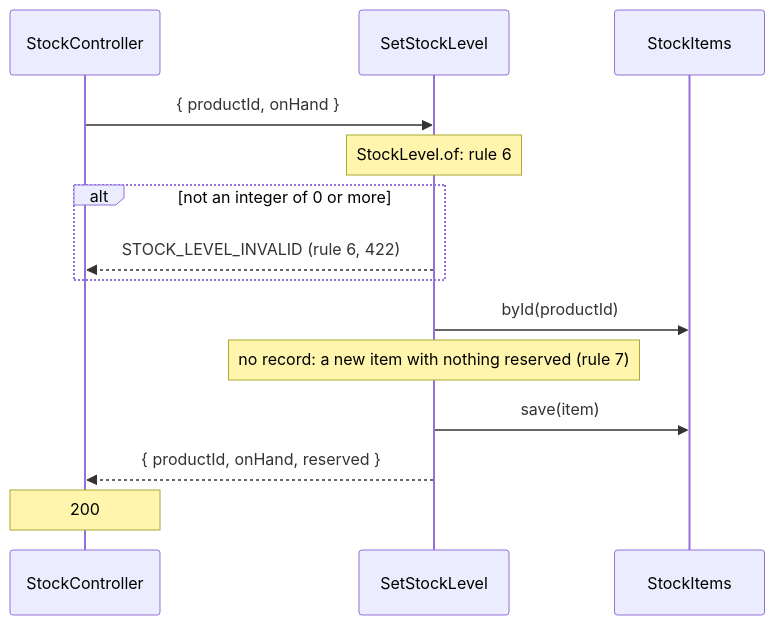
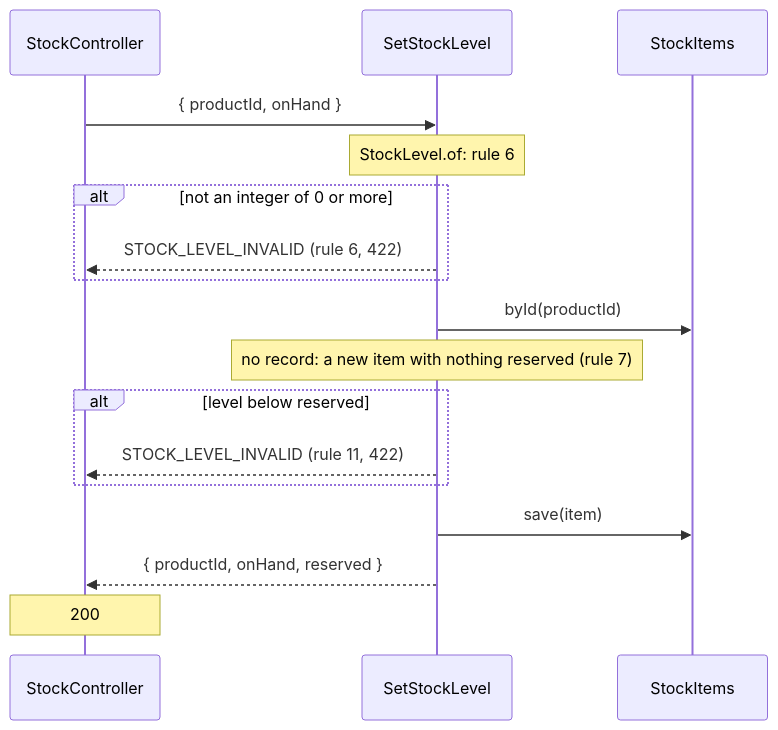
Before and after one commit to Project-Builder-Schematics/Anvil: the fourth of 5 diagrams in docs/inventory/flows.md, drawn with Mermaid. The commit also changed 2 other files, not shown here.

Commit message:
docs(inventory): refuse a stock level below the reserved count

````diff
--- a/docs/inventory/flows.md
+++ b/docs/inventory/flows.md
@@ -75,16 +75,19 @@
 ```mermaid
 sequenceDiagram
   participant C as StockController
   participant U as SetStockLevel
   participant S as StockItems
   C->>U: { productId, onHand }
   Note over U: StockLevel.of: rule 6
   alt not an integer of 0 or more
     U-->>C: STOCK_LEVEL_INVALID (rule 6, 422)
   end
   U->>S: byId(productId)
   Note over U: no record: a new item with nothing reserved (rule 7)
+  alt level below reserved
+    U-->>C: STOCK_LEVEL_INVALID (rule 11, 422)
+  end
   U->>S: save(item)
   U-->>C: { productId, onHand, reserved }
   Note over C: 200
 ```
````
